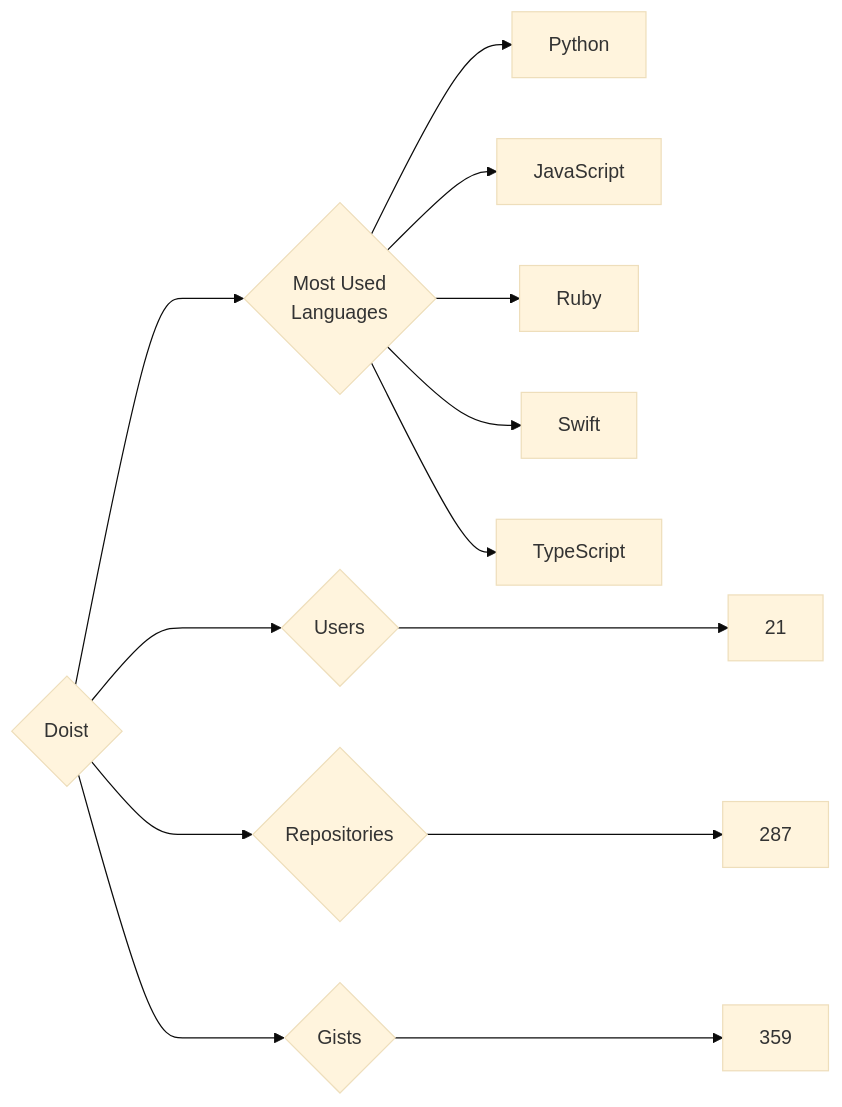
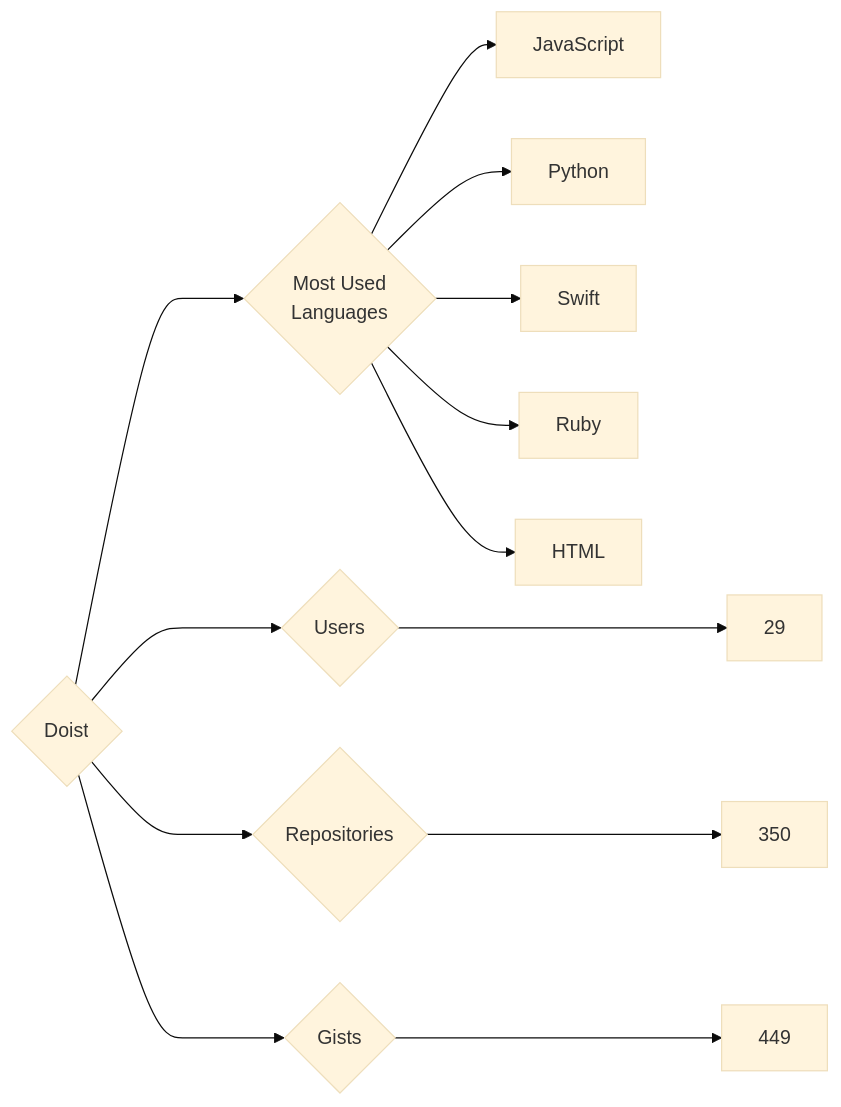
One commit to trickest/insiders changed the diagram in targets/Doist/README.md. Above: the diagram before and after it, drawn with Mermaid (base theme). The commit also changed 569 other files, not shown here.

````diff
--- a/targets/Doist/README.md
+++ b/targets/Doist/README.md
@@ -3,13 +3,13 @@
 ```mermaid
 graph LR
 COMPANY_NAME{Doist}
-COMPANY_NAME ---> U{Users} ---> UN[21]
-COMPANY_NAME ---> R{Repositories} ---> RN[287]
-COMPANY_NAME ---> G{Gists} ---> GN[359]
+COMPANY_NAME ---> U{Users} ---> UN[29]
+COMPANY_NAME ---> R{Repositories} ---> RN[350]
+COMPANY_NAME ---> G{Gists} ---> GN[449]
 COMPANY_NAME ---> ML{Most Used<br>Languages}
+ML --> JavaScript[JavaScript]
 ML --> Python[Python]
-ML --> JavaScript[JavaScript]
+ML --> Swift[Swift]
 ML --> Ruby[Ruby]
-ML --> Swift[Swift]
-ML --> TypeScript[TypeScript]
+ML --> HTML[HTML]
 ```
````
